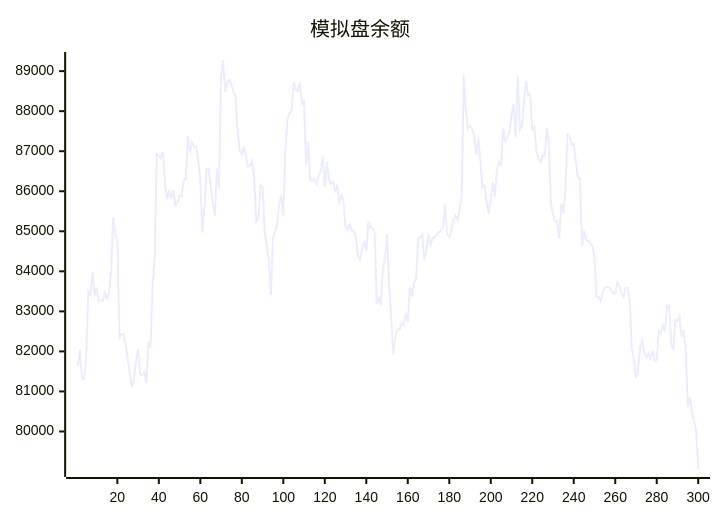
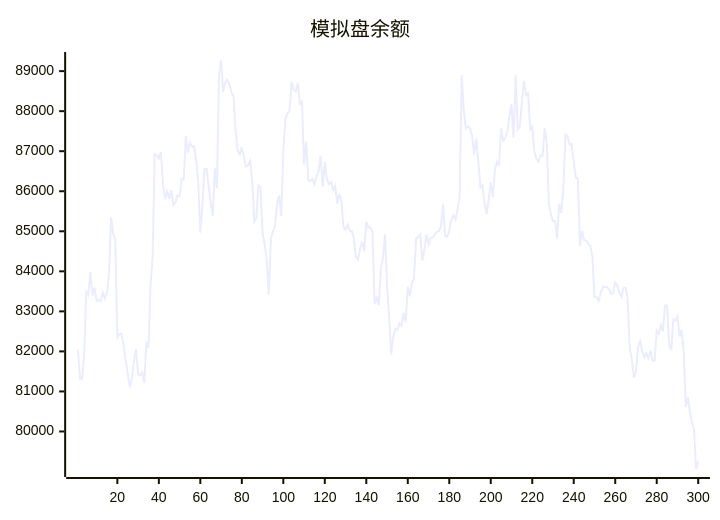
One commit to aahl/ai-trading changed the diagram in README.md. Above: the diagram before and after it, drawn with Mermaid. The commit also changed other lines of this file and 1 other file, not shown here.

````diff
--- a/README.md
+++ b/README.md
@@ -5,5 +5,5 @@
 ```mermaid
 xychart
     title "模拟盘余额"
-    line [81639,82040,81307,81314,81887,83490,83414,83984,83396,83594,83261,83287,83253,83470,83327,83465,83987,85348,84930,84786,82355,82433,82438,82167,81795,81466,81105,81315,81756,82064,81426,81398,81481,81210,82242,82099,83658,84359,86925,86892,86814,86980,86203,85802,86003,85811,86028,85657,85721,85896,85880,86300,86299,87378,86965,87214,87115,87118,86780,86238,84966,85623,86555,86562,86129,85722,85387,86569,86070,88870,89278,88477,88720,88781,88668,88467,88372,87493,87018,86917,87102,86870,86613,86644,86758,86317,85242,85334,86149,86106,84968,84671,84302,83410,84816,85001,85127,85693,85891,85384,87001,87811,87945,88007,88734,88528,88495,88705,88189,88248,86662,87234,86279,86251,86314,86177,86364,86503,86886,86114,86731,86310,86176,86240,86017,86136,85685,85938,85749,85111,85044,85164,85016,85008,84824,84354,84287,84572,84745,84500,85234,85096,85095,84970,83180,83338,83157,84070,84309,84922,83667,82850,81924,82369,82552,82539,82695,82648,82962,82728,83619,83378,83710,83825,84819,84854,84917,84265,84527,84919,84668,84834,84850,84916,84981,85004,85131,85674,84891,84864,85019,85284,85393,85294,85538,85894,88904,88012,87567,87625,87568,87386,86920,87313,86737,86094,86143,85725,85437,85787,86219,85859,86526,86740,86630,87563,87264,87335,87483,87886,88180,87335,88894,87544,87608,88207,88755,88401,88444,87543,87608,87000,86810,86740,86894,86884,87576,87209,85686,85435,85251,85255,84820,85689,85453,86066,87420,87373,87161,87178,86740,86341,86315,84643,85012,84772,84768,84690,84635,84376,83360,83357,83259,83474,83608,83606,83602,83548,83440,83454,83724,83644,83464,83365,83590,83592,83275,82072,81806,81344,81492,82109,82254,82006,81848,81955,81829,82022,81769,81776,82522,82441,82656,82498,83144,83144,82150,82038,82797,82763,82872,82367,82536,81981,80612,80862,80484,80242,80034,79063]
+    line [82040,81307,81314,81887,83490,83414,83984,83396,83594,83261,83287,83253,83470,83327,83465,83987,85348,84930,84786,82355,82433,82438,82167,81795,81466,81105,81315,81756,82064,81426,81398,81481,81210,82242,82099,83658,84359,86925,86892,86814,86980,86203,85802,86003,85811,86028,85657,85721,85896,85880,86300,86299,87378,86965,87214,87115,87118,86780,86238,84966,85623,86555,86562,86129,85722,85387,86569,86070,88870,89278,88477,88720,88781,88668,88467,88372,87493,87018,86917,87102,86870,86613,86644,86758,86317,85242,85334,86149,86106,84968,84671,84302,83410,84816,85001,85127,85693,85891,85384,87001,87811,87945,88007,88734,88528,88495,88705,88189,88248,86662,87234,86279,86251,86314,86177,86364,86503,86886,86114,86731,86310,86176,86240,86017,86136,85685,85938,85749,85111,85044,85164,85016,85008,84824,84354,84287,84572,84745,84500,85234,85096,85095,84970,83180,83338,83157,84070,84309,84922,83667,82850,81924,82369,82552,82539,82695,82648,82962,82728,83619,83378,83710,83825,84819,84854,84917,84265,84527,84919,84668,84834,84850,84916,84981,85004,85131,85674,84891,84864,85019,85284,85393,85294,85538,85894,88904,88012,87567,87625,87568,87386,86920,87313,86737,86094,86143,85725,85437,85787,86219,85859,86526,86740,86630,87563,87264,87335,87483,87886,88180,87335,88894,87544,87608,88207,88755,88401,88444,87543,87608,87000,86810,86740,86894,86884,87576,87209,85686,85435,85251,85255,84820,85689,85453,86066,87420,87373,87161,87178,86740,86341,86315,84643,85012,84772,84768,84690,84635,84376,83360,83357,83259,83474,83608,83606,83602,83548,83440,83454,83724,83644,83464,83365,83590,83592,83275,82072,81806,81344,81492,82109,82254,82006,81848,81955,81829,82022,81769,81776,82522,82441,82656,82498,83144,83144,82150,82038,82797,82763,82872,82367,82536,81981,80612,80862,80484,80242,80034,79063,79245]
 ```
````
